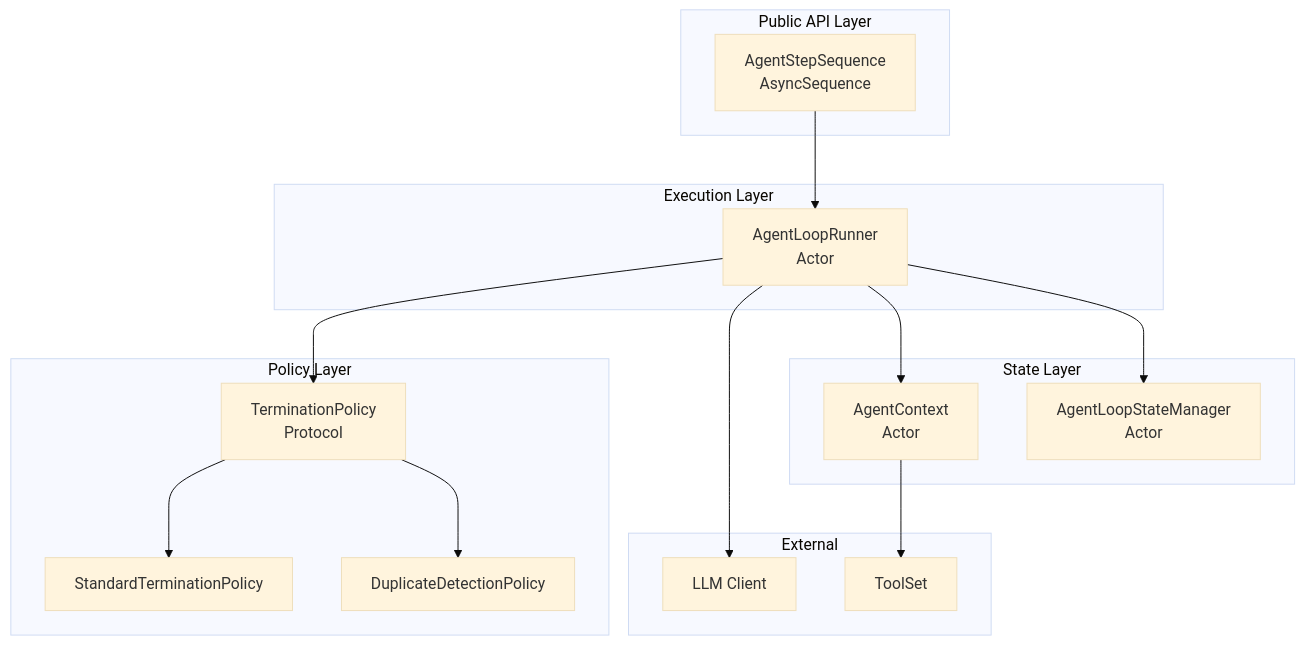
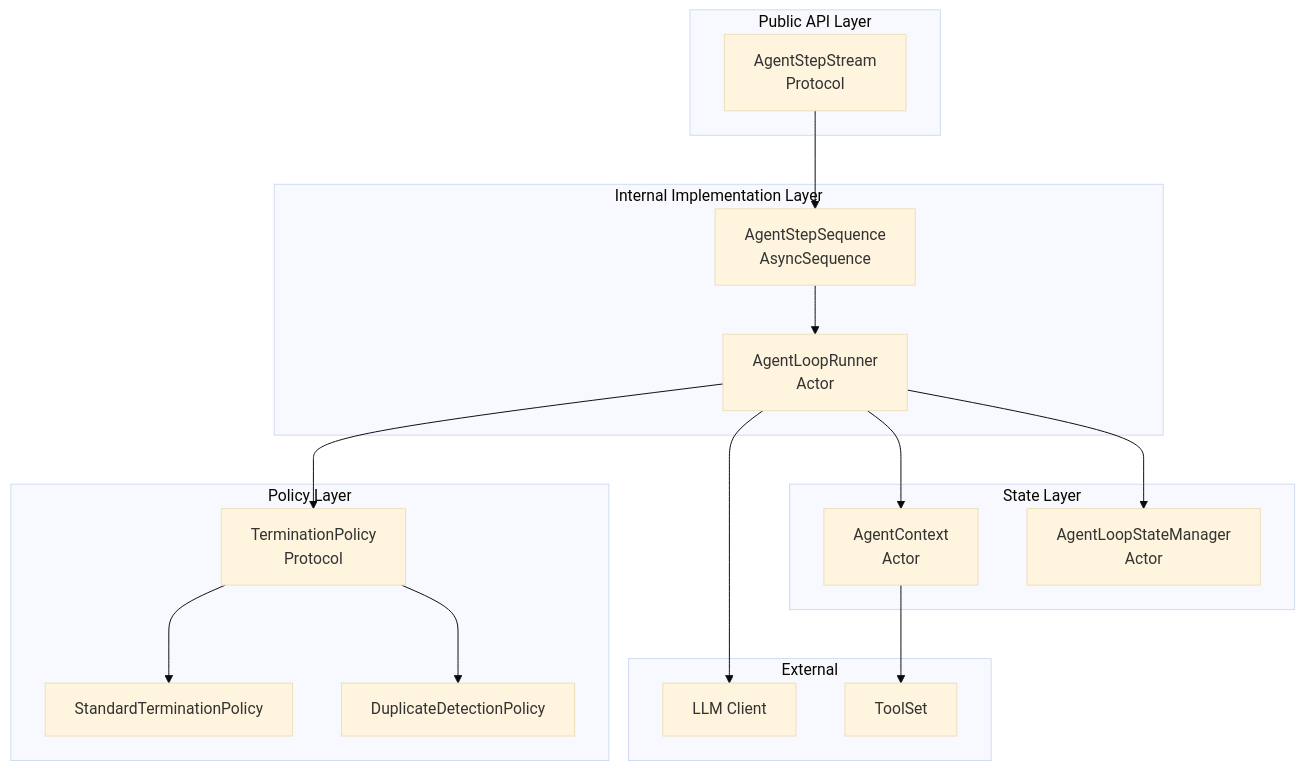
One commit to no-problem-dev/swift-llm-structured-outputs changed the first of 15 diagrams in documentation/agent-loop-internals.md. Above: the diagram before and after it, drawn with Mermaid (base theme). The commit also changed other lines of this file and 5 other files, not shown here.

First line of the commit message:
docs: update documentation for AgentStepStream protocol

````diff
--- a/documentation/agent-loop-internals.md
+++ b/documentation/agent-loop-internals.md
@@ -21,35 +24,37 @@
 ```mermaid
 graph TB
     subgraph "Public API Layer"
-        ASS[AgentStepSequence<br/>AsyncSequence]
+        ASP[AgentStepStream<br/>Protocol]
     end
 
-    subgraph "Execution Layer"
+    subgraph "Internal Implementation Layer"
+        ASS[AgentStepSequence<br/>AsyncSequence]
         ALR[AgentLoopRunner<br/>Actor]
     end
 
     subgraph "Policy Layer"
         TP[TerminationPolicy<br/>Protocol]
         STP[StandardTerminationPolicy]
         DDP[DuplicateDetectionPolicy]
     end
 
     subgraph "State Layer"
         AC[AgentContext<br/>Actor]
         ALSM[AgentLoopStateManager<br/>Actor]
     end
 
     subgraph "External"
         LLM[LLM Client]
         TOOLS[ToolSet]
     end
 
+    ASP --> ASS
     ASS --> ALR
     ALR --> TP
     TP --> STP
     TP --> DDP
     ALR --> AC
     ALR --> ALSM
     ALR --> LLM
     AC --> TOOLS
 ```
````
